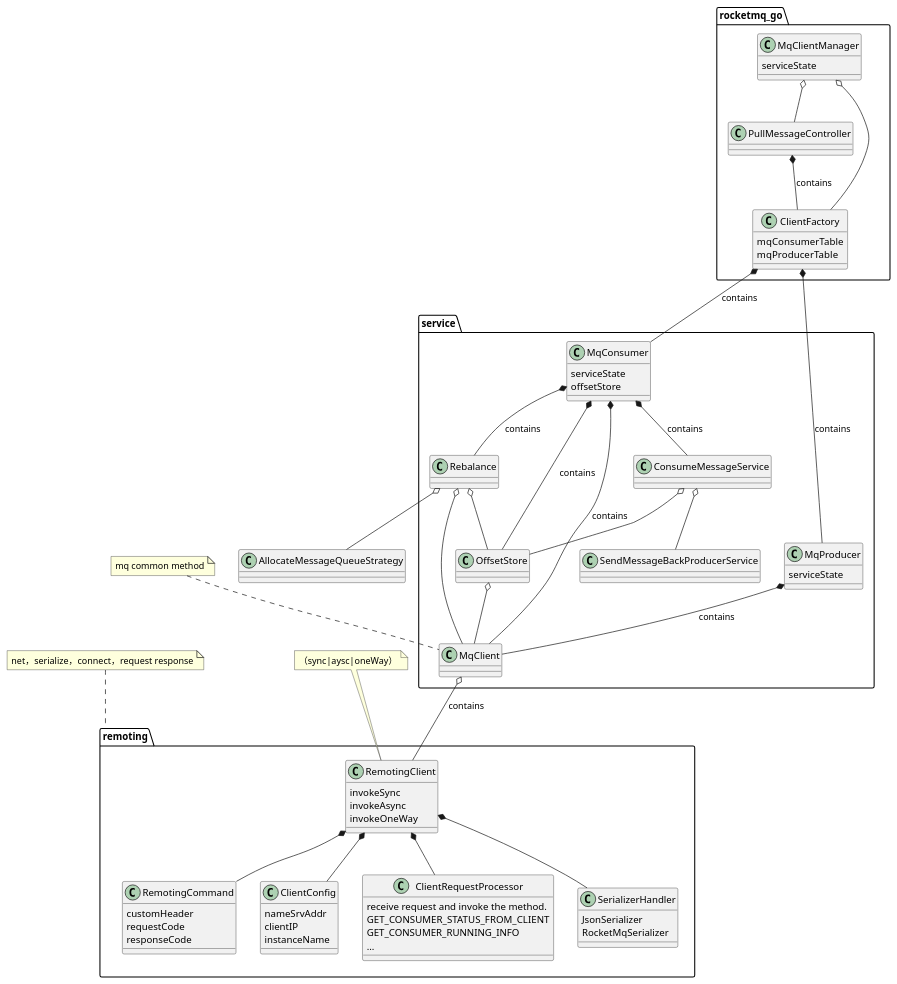
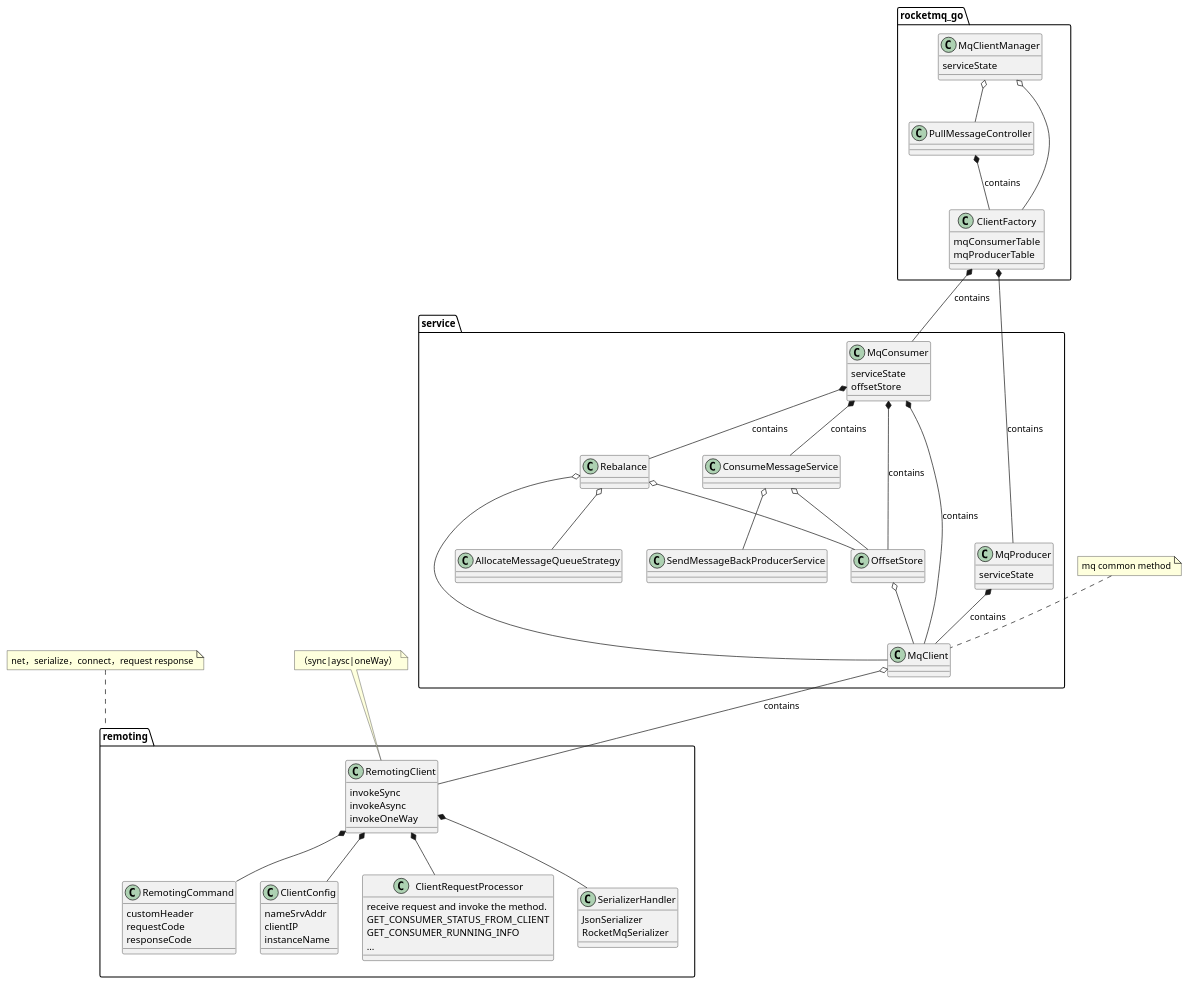
Before and after one commit to apache/rocketmq-externals: the diagram in rocketmq-go/docs/package.puml, drawn with PlantUML. The commit also changed 3 other files, not shown here.

```diff
--- a/rocketmq-go/docs/package.puml
+++ b/rocketmq-go/docs/package.puml
@@ -1,96 +1,96 @@
 @startuml
 
 
 class rocketmq_go.MqClientManager{
 serviceState
 }
 class rocketmq_go.PullMessageController{
 
 }
-class AllocateMessageQueueStrategy{
+class service.AllocateMessageQueueStrategy{
 }
 class rocketmq_go.ClientFactory{
 mqConsumerTable
 mqProducerTable
 }
 class service.MqConsumer{
 serviceState
 offsetStore
 }
 class service.MqProducer{
 serviceState
  }
  class service.MqClient{
 
 
  }
   class remoting.RemotingClient{
    invokeSync
    invokeAsync
    invokeOneWay
   }
  class remoting.RemotingCommand{
   customHeader
   requestCode
   responseCode
  }
   class remoting.ClientConfig{
    nameSrvAddr
    clientIP
    instanceName
   }
   class remoting.ClientRequestProcessor{
      receive request and invoke the method.
      GET_CONSUMER_STATUS_FROM_CLIENT
      GET_CONSUMER_RUNNING_INFO
      ...
     }
     class remoting.SerializerHandler{
        JsonSerializer
        RocketMqSerializer
     }
 
 
 namespace service{
 
 
 rocketmq_go.PullMessageController *-- rocketmq_go.ClientFactory:contains
 rocketmq_go.ClientFactory *-- MqProducer:contains
 rocketmq_go.ClientFactory *-- MqConsumer:contains
 MqProducer *-- service.MqClient :contains
 MqConsumer *-- service.MqClient : contains
 MqConsumer *-- service.OffsetStore : contains
 MqConsumer *-- service.Rebalance : contains
 MqConsumer *-- service.ConsumeMessageService : contains
 
 }
 
 namespace service{
     MqClient o-- remoting.RemotingClient:contains
     OffsetStore o-- MqClient
     Rebalance o-- MqClient
     Rebalance o-- OffsetStore
     Rebalance o-- AllocateMessageQueueStrategy
     ConsumeMessageService o-- SendMessageBackProducerService
     ConsumeMessageService o-- OffsetStore
 }
 
 namespace remoting {
   RemotingClient  *-- RemotingCommand
   RemotingClient *-- ClientConfig
     RemotingClient  *-- ClientRequestProcessor
     RemotingClient *-- SerializerHandler
 
 
 }
 
 namespace rocketmq_go{
     MqClientManager o-- PullMessageController
     MqClientManager o-- ClientFactory
 }
 
 
 note top of remoting.RemotingClient :（sync|aysc|oneWay）
 note top of remoting :net，serialize，connect，request response
 note top of service.MqClient :mq common method
 @enduml
```
